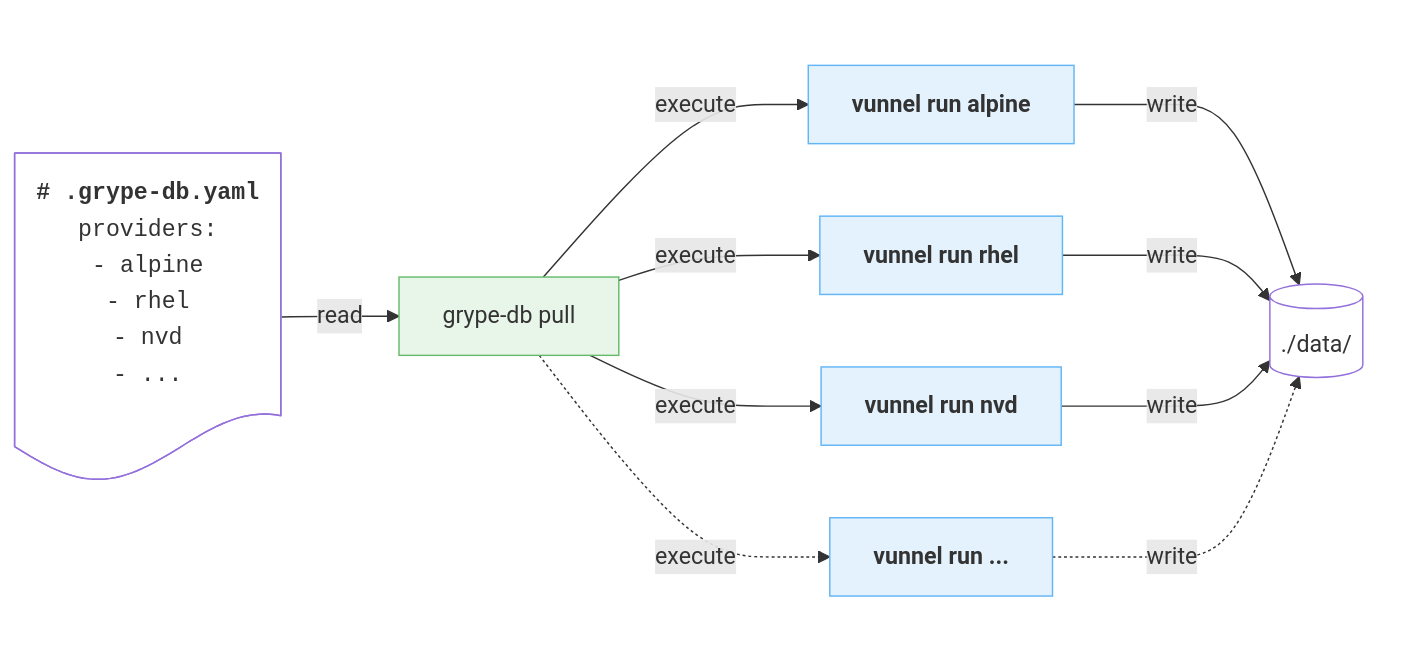
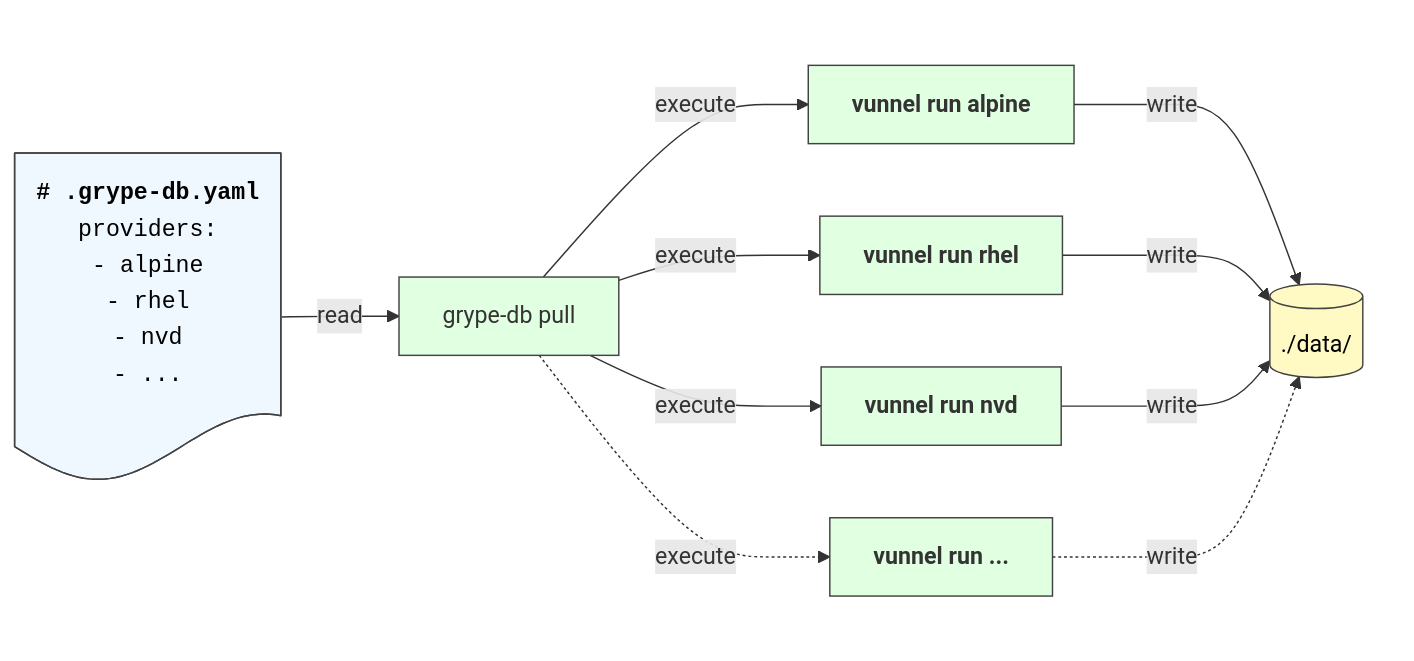
Before and after one commit to anchore-oss-update-bot/oss-docs: the third of 5 diagrams in content/docs/architecture/projects/vunnel.md, drawn with Mermaid. The commit also changed other lines of this file and 1 other file, not shown here.

Commit message:
improve vunnel and overview diagrams

````diff
--- a/content/docs/architecture/projects/vunnel.md
+++ b/content/docs/architecture/projects/vunnel.md
@@ -124,41 +133,43 @@
 ```mermaid
 flowchart LR
     config["<code><b># .grype-db.yaml</b></code><br><code>providers:</code><br><code>  - alpine</code><br><code>  - rhel</code><br><code>  - nvd</code><br><code>  - ...</code>"]
     pull[grype-db pull]
 
     subgraph vunnel_runs[ ]
         vunnel_alpine[<b>vunnel run alpine</b>]
         vunnel_rhel[<b>vunnel run rhel</b>]
         vunnel_nvd[<b>vunnel run nvd</b>]
         vunnel_other[<b>vunnel run ...</b>]
     end
 
     subgraph data[ ]
         data_out[(./data/)]
     end
 
     config -->|read| pull
     pull -->|execute| vunnel_alpine
     pull -->|execute| vunnel_rhel
     pull -->|execute| vunnel_nvd
     pull -.->|execute| vunnel_other
 
     vunnel_alpine -->|write| data_out
     vunnel_rhel -->|write| data_out
     vunnel_nvd -->|write| data_out
     vunnel_other -.->|write| data_out
 
-    style pull fill:#e8f5e9,stroke:#66bb6a,stroke-width:1px
-    style vunnel_alpine fill:#e3f2fd,stroke:#64b5f6,stroke-width:1px
-    style vunnel_rhel fill:#e3f2fd,stroke:#64b5f6,stroke-width:1px
-    style vunnel_nvd fill:#e3f2fd,stroke:#64b5f6,stroke-width:1px
-    style vunnel_other fill:#e3f2fd,stroke:#64b5f6,stroke-width:1px
+    pull:::Application
+    vunnel_alpine:::Application
+    vunnel_rhel:::Application
+    vunnel_nvd:::Application
+    vunnel_other:::Application
+
+    config:::AnalysisInput@{ shape: document }
+    data_out:::Database@{ shape: db }
 
     style vunnel_runs fill:none,stroke:none
     style data fill:none,stroke:none
 
-    style config fill:#fff
-    style data_out fill:#fff
-
-    config@{ shape: document }
+    classDef AnalysisInput stroke-width:1px, stroke-dasharray:none, stroke:#424242, fill:#f0f8ff, color:#000000
+    classDef Application fill:#e1ffe1,stroke:#424242,stroke-width:1px
+    classDef Database stroke-width:1px, stroke-dasharray:none, stroke:#424242, fill:#fff9c4, color:#000000
 ```
````
